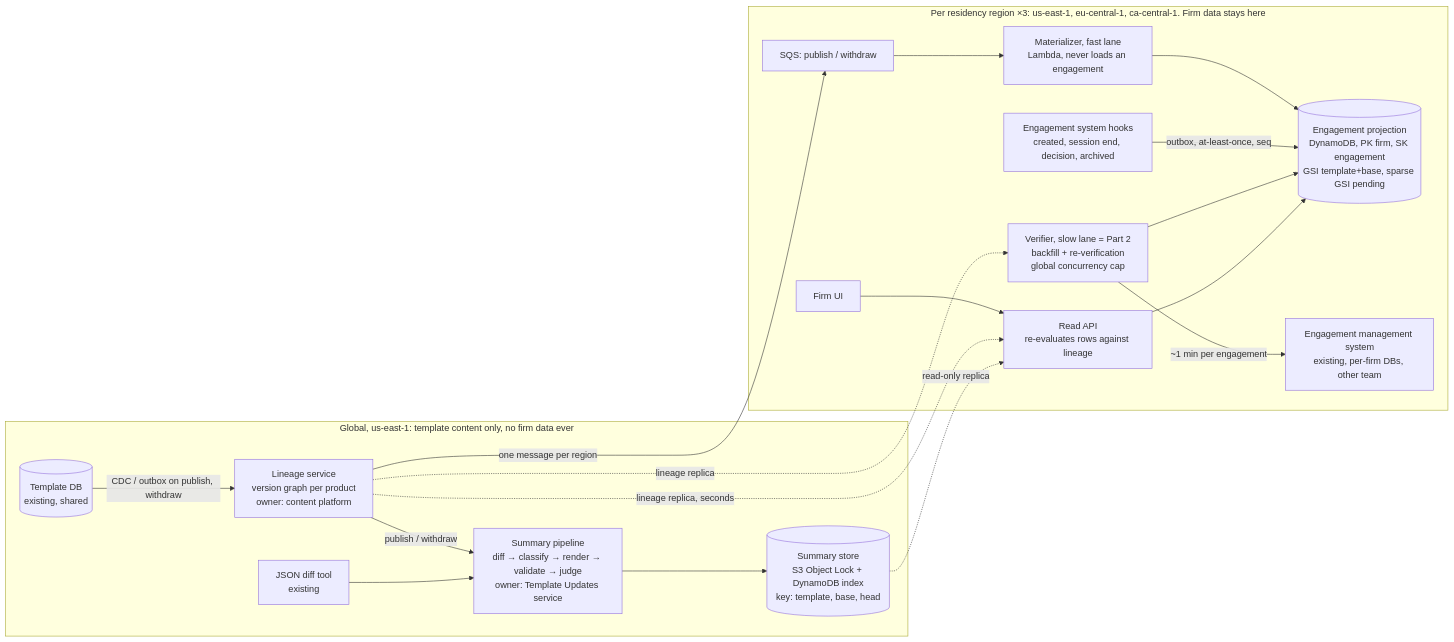
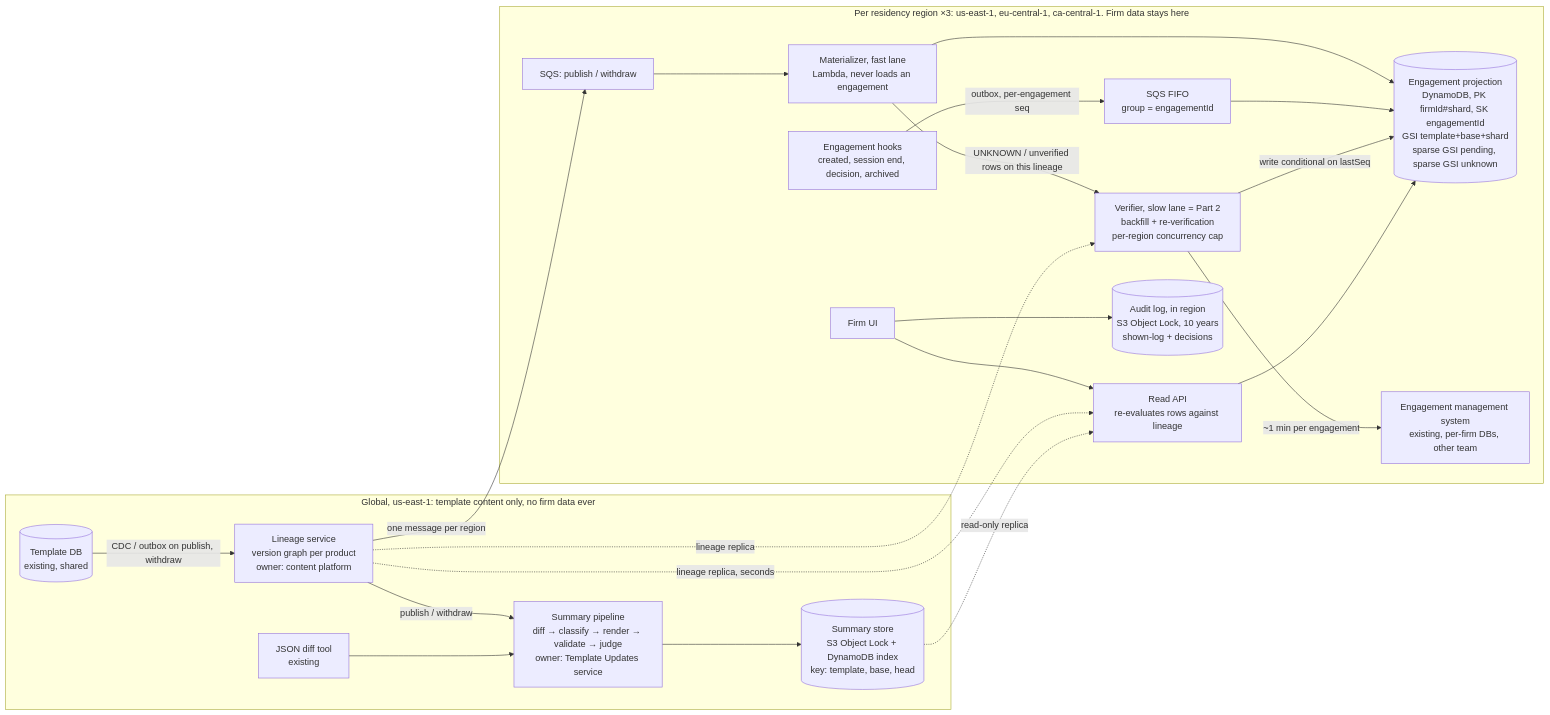
The first of 2 diagrams in docs/design.md (marcuss/caseware), drawn with Mermaid before and after one commit. The commit also changed other lines of this file, not shown here.

````diff
--- a/docs/design.md
+++ b/docs/design.md
@@ -17,22 +11,25 @@
 ```mermaid
 flowchart LR
   subgraph G["Global, us-east-1: template content only, no firm data ever"]
     TDB[("Template DB<br/>existing, shared")] -->|CDC / outbox on publish, withdraw| LIN["Lineage service<br/>version graph per product<br/>owner: content platform"]
     LIN -->|publish / withdraw| PIPE["Summary pipeline<br/>diff → classify → render → validate → judge<br/>owner: Template Updates service"]
     JD["JSON diff tool<br/>existing"] --> PIPE
     PIPE --> SUM[("Summary store<br/>S3 Object Lock + DynamoDB index<br/>key: template, base, head")]
   end
   subgraph R["Per residency region ×3: us-east-1, eu-central-1, ca-central-1. Firm data stays here"]
     Q["SQS: publish / withdraw"] --> MAT["Materializer, fast lane<br/>Lambda, never loads an engagement"]
-    MAT --> PROJ[("Engagement projection<br/>DynamoDB, PK firm, SK engagement<br/>GSI template+base, sparse GSI pending")]
-    HK["Engagement system hooks<br/>created, session end, decision, archived"] -->|outbox, at-least-once, seq| PROJ
-    VER["Verifier, slow lane = Part 2<br/>backfill + re-verification<br/>global concurrency cap"] -->|~1 min per engagement| EMS["Engagement management system<br/>existing, per-firm DBs, other team"]
-    VER --> PROJ
+    MAT --> PROJ[("Engagement projection<br/>DynamoDB, PK firmId#shard, SK engagementId<br/>GSI template+base+shard<br/>sparse GSI pending, sparse GSI unknown")]
+    HK["Engagement hooks<br/>created, session end, decision, archived"] -->|outbox, per-engagement seq| QH["SQS FIFO<br/>group = engagementId"]
+    QH --> PROJ
+    MAT -->|UNKNOWN / unverified rows on this lineage| VER
+    VER["Verifier, slow lane = Part 2<br/>backfill + re-verification<br/>per-region concurrency cap"] -->|~1 min per engagement| EMS["Engagement management system<br/>existing, per-firm DBs, other team"]
+    VER -->|write conditional on lastSeq| PROJ
     API["Read API<br/>re-evaluates rows against lineage"] --> PROJ
     UI["Firm UI"] --> API
+    UI --> AUD[("Audit log, in region<br/>S3 Object Lock, 10 years<br/>shown-log + decisions")]
   end
   LIN -->|one message per region| Q
   LIN -.->|lineage replica, seconds| API
   LIN -.->|lineage replica| VER
   SUM -.->|read-only replica| API
 ```
````
